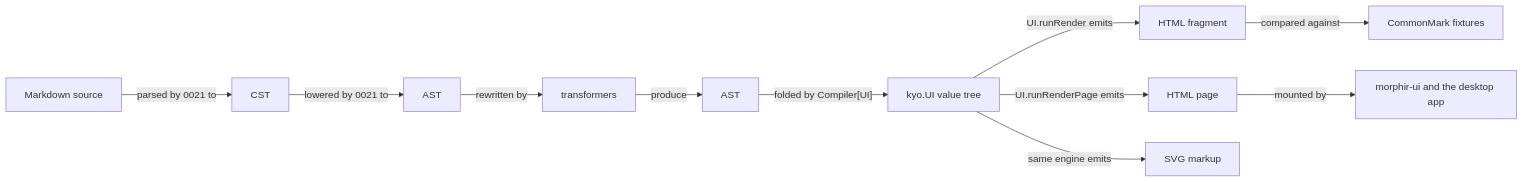
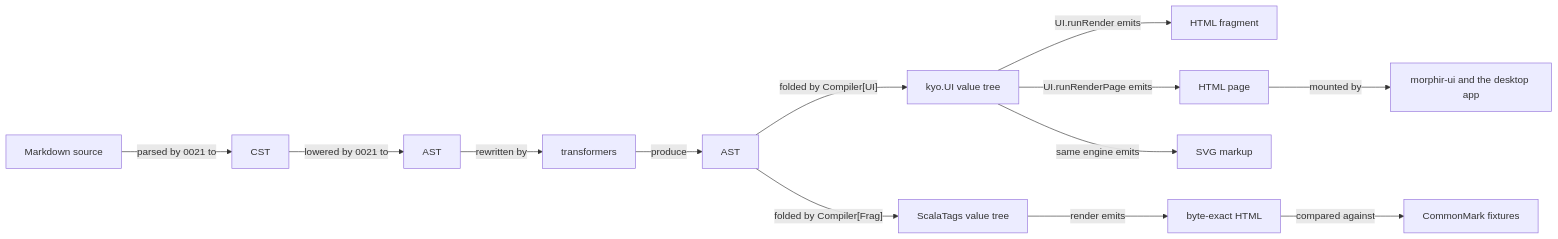
One commit to finos/morphir-scala changed the first of 2 diagrams in kb/bundles/intent/0033-markdown-compilation.md. Above: the diagram before and after it, drawn with Mermaid. The commit also changed other lines of this file and 4 other files, not shown here.

````diff
--- a/kb/bundles/intent/0033-markdown-compilation.md
+++ b/kb/bundles/intent/0033-markdown-compilation.md
@@ -53,13 +61,15 @@
 ```mermaid
 flowchart LR
   src["Markdown source"] -->|"parsed by 0021 to"| cst["CST"]
   cst -->|"lowered by 0021 to"| ast["AST"]
   ast -->|"rewritten by"| tr["transformers"]
   tr -->|"produce"| ast2["AST"]
   ast2 -->|"folded by Compiler[UI]"| ui["kyo.UI value tree"]
+  ast2 -->|"folded by Compiler[Frag]"| st["ScalaTags value tree"]
   ui -->|"UI.runRender emits"| frag["HTML fragment"]
   ui -->|"UI.runRenderPage emits"| page["HTML page"]
   ui -->|"same engine emits"| svg["SVG markup"]
-  frag -->|"compared against"| suite["CommonMark fixtures"]
+  st -->|"render emits"| exact["byte-exact HTML"]
+  exact -->|"compared against"| suite["CommonMark fixtures"]
   page -->|"mounted by"| app["morphir-ui and the desktop app"]
 ```
````
